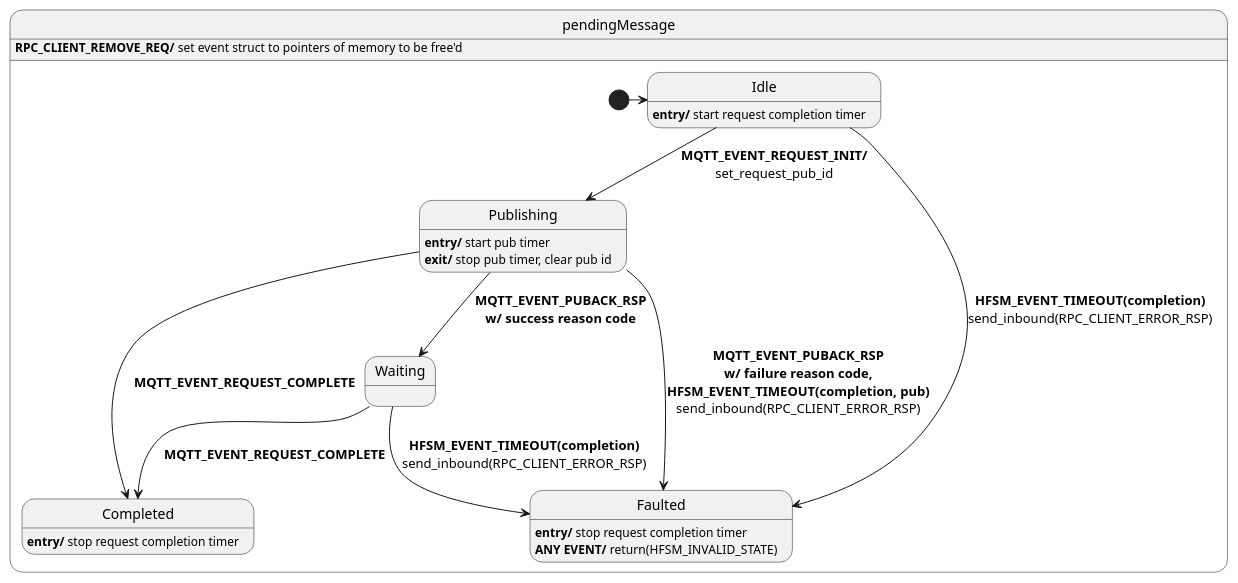
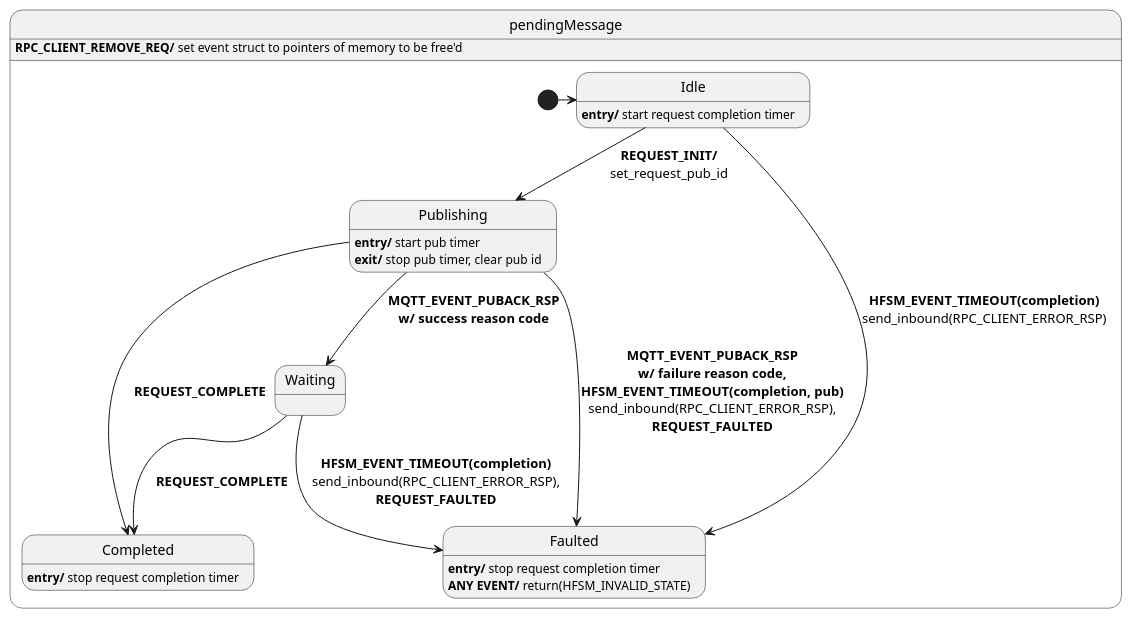
One commit to Azure/azure-sdk-for-c changed the diagram in sdk/docs/core/resources/mqtt_request.puml. Above: the diagram before and after it, drawn with PlantUML. The commit also changed 6 other files, not shown here.

Commit message:
update rpc client unit tests and add functionality to fault the request if response parsing fails as well as protect the app from an infinite loop. Add safeguard to removing a request in faulted

```diff
--- a/sdk/docs/core/resources/mqtt_request.puml
+++ b/sdk/docs/core/resources/mqtt_request.puml
@@ -1,36 +1,36 @@
 @startuml
 ' ignore these as handled outside of this diagram: MQTT_EVENT_CONNECT_REQ, MQTT_EVENT_CONNECT_RSP, MQTT_EVENT_DISCONNECT_REQ, MQTT_EVENT_DISCONNECT_RSP
 ' Assumptions:
 ' 0. Unknown events are forwarded (in their original direction, either inbound or outbound).
 ' 1. send_inbound, send_outbound are used to send information to the app and network respectively.
 ' 2. All events check that they are for this request or have the correct pub id before processing them.
 
 
 state pendingMessage {
   state Idle
   Idle: <b>entry/</b> start request completion timer
 
   state Publishing
   Publishing : <b>entry/</b> start pub timer
   Publishing : <b>exit/</b> stop pub timer, clear pub id
 
   state Waiting
   state Completed
   Completed : <b>entry/</b> stop request completion timer
   state Faulted
   Faulted : <b>entry/</b> stop request completion timer
   Faulted : <b>ANY EVENT/</b> return(HFSM_INVALID_STATE)
 
   [*] -> Idle
-  Idle --> Publishing : <b>MQTT_EVENT_REQUEST_INIT/</b>\nset_request_pub_id
+  Idle --> Publishing : <b>REQUEST_INIT/</b>\nset_request_pub_id
   Publishing --> Waiting : <b>MQTT_EVENT_PUBACK_RSP</b>\n<b>w/ success reason code</b>
-  Publishing --> Completed : <b>MQTT_EVENT_REQUEST_COMPLETE</b>
-  Publishing --> Faulted : <b>MQTT_EVENT_PUBACK_RSP</b>\n<b>w/ failure reason code,</b>\n<b>HFSM_EVENT_TIMEOUT(completion, pub)</b>\nsend_inbound(RPC_CLIENT_ERROR_RSP)
-  Waiting --> Completed : <b>MQTT_EVENT_REQUEST_COMPLETE</b>
-  Waiting --> Faulted : <b>HFSM_EVENT_TIMEOUT(completion)</b>\nsend_inbound(RPC_CLIENT_ERROR_RSP)
+  Publishing --> Completed : <b>REQUEST_COMPLETE</b>
+  Publishing --> Faulted : <b>MQTT_EVENT_PUBACK_RSP</b>\n<b>w/ failure reason code,</b>\n<b>HFSM_EVENT_TIMEOUT(completion, pub)</b>\nsend_inbound(RPC_CLIENT_ERROR_RSP),\n<b>REQUEST_FAULTED</b>
+  Waiting --> Completed : <b>REQUEST_COMPLETE</b>
+  Waiting --> Faulted : <b>HFSM_EVENT_TIMEOUT(completion)</b>\nsend_inbound(RPC_CLIENT_ERROR_RSP),\n<b>REQUEST_FAULTED</b>
   Idle --> Faulted : <b>HFSM_EVENT_TIMEOUT(completion)</b>\nsend_inbound(RPC_CLIENT_ERROR_RSP)
 
 }
 pendingMessage : <b>RPC_CLIENT_REMOVE_REQ/</b> set event struct to pointers of memory to be free'd
 
 @enduml
```
